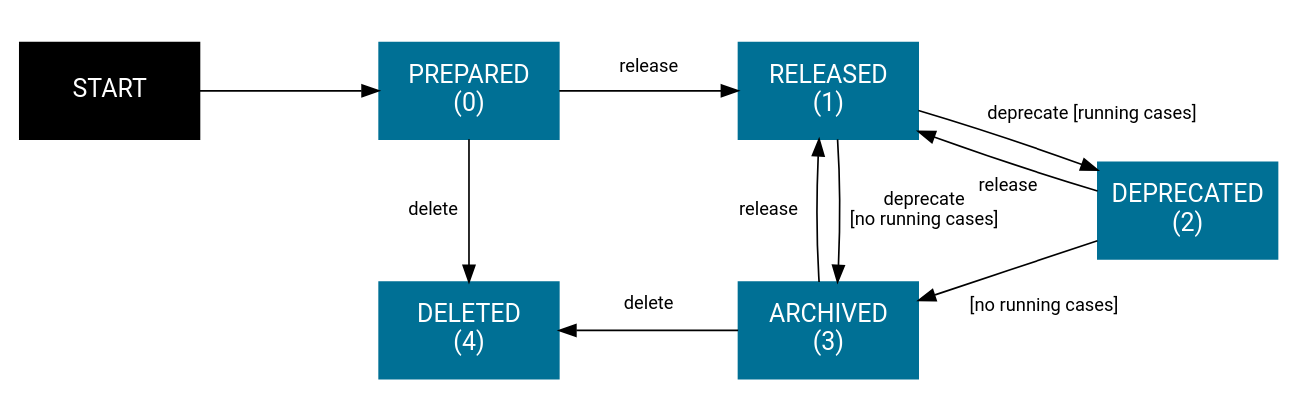
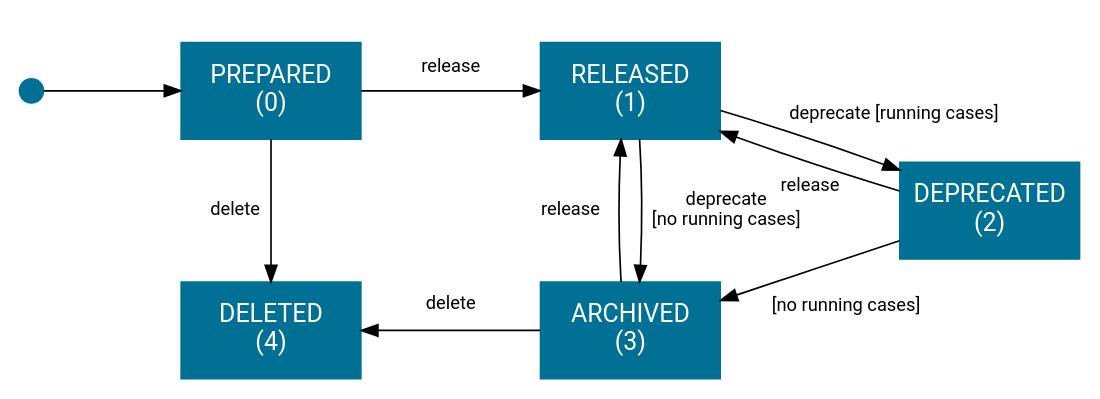
Before and after one commit to bernhardAxonIvy/doc: the diagram in source/engine-guide/deployment/terms/pmv-release-states.dot, drawn with Graphviz.

Commit message:
XIVY-13277 Improve release state transition graph

```diff
--- a/source/engine-guide/deployment/terms/pmv-release-states.dot
+++ b/source/engine-guide/deployment/terms/pmv-release-states.dot
@@ -1,37 +1,37 @@
 digraph overview {
   layout=neato;
  
   node [shape=box, height="0.8", width="2", color="#007095", style=filled, fixedsize="true", margin=0, 
         fontname="Roboto,Helvetica Neue,Arial,sans-serif", fontcolor="white", fontsize=15
        ]; 
   
   /* nodes */
-  start      [ label="START",           pos="0,0!", height="0.8", width="1.5", color="#000"];
-  prepared   [ label="PREPARED\n(0)",   pos="3,0!", height="0.8", width="1.5"];
-  released   [ label="RELEASED\n(1)",   pos="6,0!", height="0.8", width="1.5"];
-  deprecated [ label="DEPRECATED\n(2)", pos="9,-1!", height="0.8", width="1.5"]
-  archived   [ label="ARCHIVED\n(3)",   pos="6,-2!", height="0.8", width="1.5"]
-  deleted    [ label="DELETED\n(4)",    pos="3,-2!", height="0.8", width="1.5"]
+  start      [ label="START",           pos="0,0!", height="0.2", width="0.2", shape="point"];
+  prepared   [ label="PREPARED\n(0)",   pos="2,0!", height="0.8", width="1.5"];
+  released   [ label="RELEASED\n(1)",   pos="5,0!", height="0.8", width="1.5"];
+  deprecated [ label="DEPRECATED\n(2)", pos="8,-1!", height="0.8", width="1.5"]
+  archived   [ label="ARCHIVED\n(3)",   pos="5,-2!", height="0.8", width="1.5"]
+  deleted    [ label="DELETED\n(4)",    pos="2,-2!", height="0.8", width="1.5"]
 
   /* edges */
   start -> prepared;
   prepared -> released;
   released -> deprecated;
   prepared -> deleted;
   deprecated -> released;
   deprecated -> archived;
   archived -> deleted;
   archived -> released;
   released -> archived;
 
   /* edge labels */  
-  prepared_released   [ label="release",                   pos="4.5,0.2!", width="1.7", height="0.8", shape=none, fillcolor=none, fontcolor="black", fontsize="11" ];
-  released_deprecated [ label="deprecate [running cases]", pos="8.2,-0.2!", width="1.7", height="0.8", shape=none, fillcolor=none, fontcolor="black", fontsize="11" ];
-  deprecated_released [ label="release",                   pos="7.5,-0.8!", width="1.7", height="0.8", shape=none, fillcolor=none, fontcolor="black", fontsize="11" ];
-  prepared_deleted    [ label="delete",                    pos="2.7,-1.0!", width="1.7", height="0.8", shape=none, fillcolor=none, fontcolor="black", fontsize="11" ];
-  deprecated_archived [ label="[no running cases]",        pos="7.8,-1.8!", width="1.7", height="0.8", shape=none, fillcolor=none, fontcolor="black", fontsize="11" ];
-  archived_deleted    [ label="delete",                    pos="4.5,-1.78!", width="1.7", height="0.8", shape=none, fillcolor=none, fontcolor="black", fontsize="11" ];
+  prepared_released   [ label="release",                   pos="3.5,0.2!", width="1.7", height="0.8", shape=none, fillcolor=none, fontcolor="black", fontsize="11" ];
+  released_deprecated [ label="deprecate [running cases]", pos="7.2,-0.2!", width="1.7", height="0.8", shape=none, fillcolor=none, fontcolor="black", fontsize="11" ];
+  deprecated_released [ label="release",                   pos="6.5,-0.8!", width="1.7", height="0.8", shape=none, fillcolor=none, fontcolor="black", fontsize="11" ];
+  prepared_deleted    [ label="delete",                    pos="1.7,-1.0!", width="1.7", height="0.8", shape=none, fillcolor=none, fontcolor="black", fontsize="11" ];
+  deprecated_archived [ label="[no running cases]",        pos="6.8,-1.8!", width="1.7", height="0.8", shape=none, fillcolor=none, fontcolor="black", fontsize="11" ];
+  archived_deleted    [ label="delete",                    pos="3.5,-1.78!", width="1.7", height="0.8", shape=none, fillcolor=none, fontcolor="black", fontsize="11" ];
 
-  archived_released   [ label="release",                      pos="5.5,-1!", width="1.7", height="0.8", shape=none, fillcolor=none, fontcolor="black", fontsize="11" ];
-  released_archived   [ label="deprecate\n[no running cases]", pos="6.8,-1!", width="1.7", height="0.8", shape=none, fillcolor=none, fontcolor="black", fontsize="11" ];
+  archived_released   [ label="release",                      pos="4.5,-1!", width="1.7", height="0.8", shape=none, fillcolor=none, fontcolor="black", fontsize="11" ];
+  released_archived   [ label="deprecate\n[no running cases]", pos="5.8,-1!", width="1.7", height="0.8", shape=none, fillcolor=none, fontcolor="black", fontsize="11" ];
 }
```
